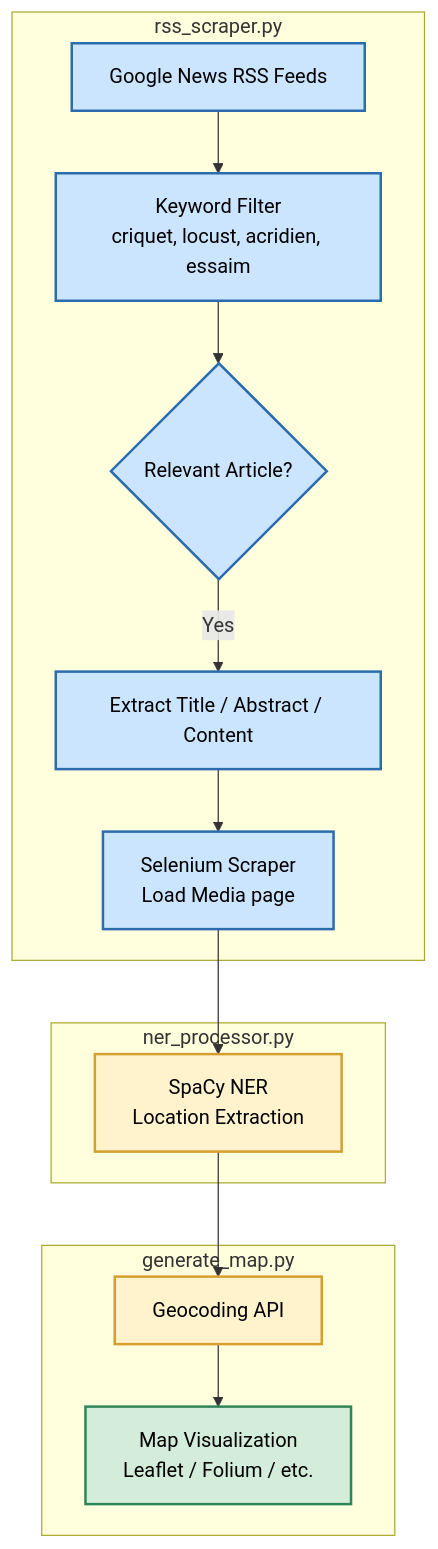
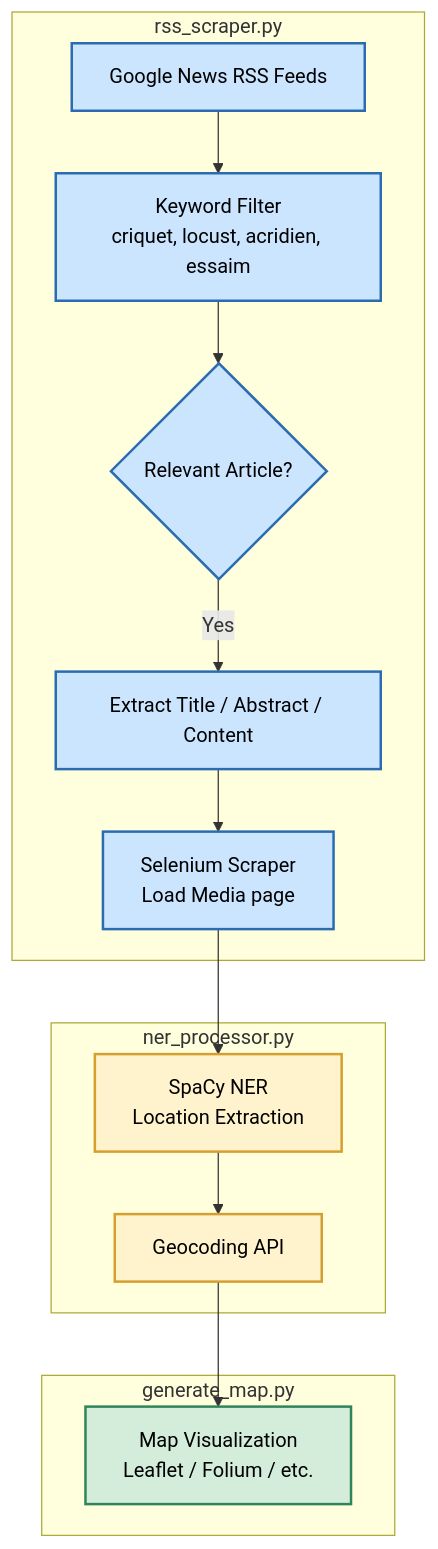
The diagram in README.md (remydecoupes/locust-invasion-tracker), drawn with Mermaid before and after one commit. The commit also changed other lines of this file, not shown here.

Commit message:
correct mermaid diagram

````diff
--- a/README.md
+++ b/README.md
@@ -16,29 +16,29 @@
 ```mermaid
 flowchart TD
 
     subgraph RSS[rss_scraper.py]
         A[Google News RSS Feeds] --> C[Keyword Filter<br/>criquet, locust, acridien, essaim]
         C --> D{Relevant Article?}
         D -- Yes --> E[Extract Title / Abstract / Content]
         E --> F[Selenium Scraper<br/>Load Media page]
     end
 
     subgraph NER[ner_processor.py]
         F --> G[SpaCy NER<br/>Location Extraction]
+        G --> H[Geocoding API]
     end
 
     subgraph MAP[generate_map.py]
-        G --> H[Geocoding API]
         H --> I[Map Visualization<br/>Leaflet / Folium / etc.]
     end
 
     %% Color coding by script
     classDef rss fill:#cce5ff,stroke:#2b6cb0,stroke-width:2px,color:#000;
     classDef ner fill:#fff3cd,stroke:#d69e2e,stroke-width:2px,color:#000;
     classDef map fill:#d4edda,stroke:#2f855a,stroke-width:2px,color:#000;
 
     %% Apply classes
     class A,C,D,E,F rss;
     class G,H ner;
     class I map;
 ```
````
